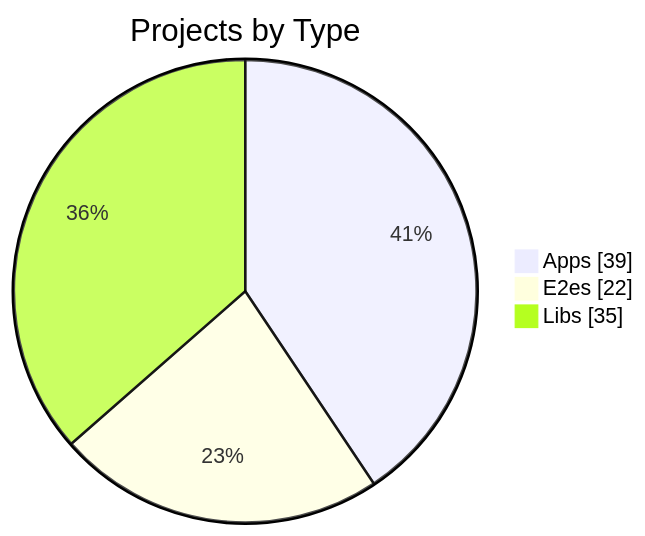
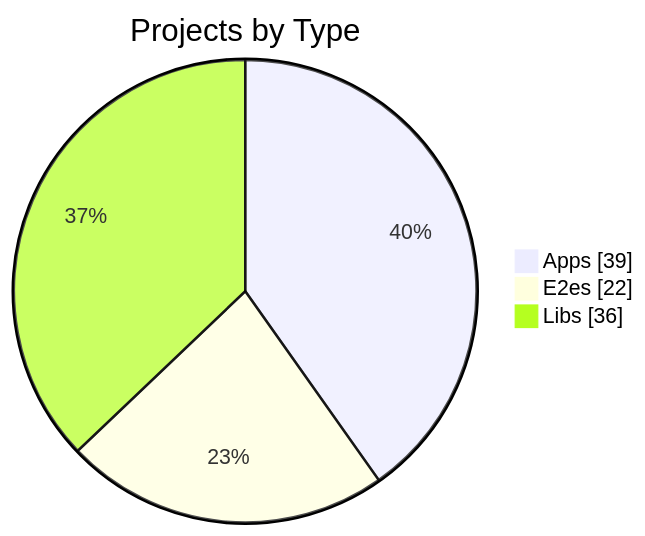
The first of 3 diagrams in apps/kbve/astro-kbve/src/content/docs/dashboard/graph.mdx (KBVE/kbve), drawn with Mermaid before and after one commit. The commit also changed other lines of this file and 8 other files, not shown here.

````diff
--- a/apps/kbve/astro-kbve/src/content/docs/dashboard/graph.mdx
+++ b/apps/kbve/astro-kbve/src/content/docs/dashboard/graph.mdx
@@ -56,7 +56,7 @@
 ```mermaid
 pie showData
     title Projects by Type
     "Apps" : 39
     "E2es" : 22
-    "Libs" : 35
+    "Libs" : 36
 ```
````
